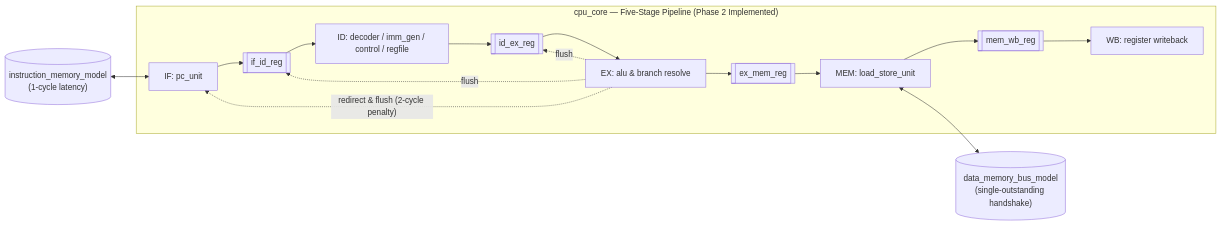
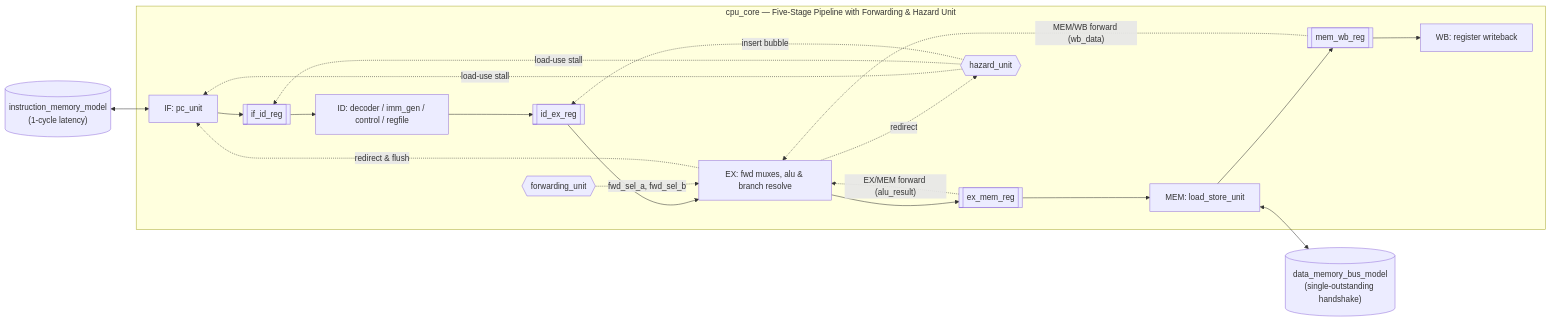
Before and after one commit to harshvardhan-31/RV32I-RISC-V-SoC-Design-and-Verification: the diagram in README.md, drawn with Mermaid. The commit also changed other lines of this file and 27 other files, not shown here.

First line of the commit message:
Phase 3 hazard detection and forwarding RTL

````diff
--- a/README.md
+++ b/README.md
@@ -28,18 +28,26 @@
 ```mermaid
 flowchart LR
-  subgraph CPU["cpu_core — Five-Stage Pipeline (Phase 2 Implemented)"]
+  subgraph CPU["cpu_core — Five-Stage Pipeline with Forwarding & Hazard Unit"]
     IF["IF: pc_unit"] --> IFID[["if_id_reg"]]
     IFID --> ID["ID: decoder / imm_gen / control / regfile"]
     ID --> IDEX[["id_ex_reg"]]
-    IDEX --> EX["EX: alu & branch resolve"]
+    IDEX --> EX["EX: fwd muxes, alu & branch resolve"]
     EX --> EXMEM[["ex_mem_reg"]]
     EXMEM --> MEM["MEM: load_store_unit"]
     MEM --> MEMWB[["mem_wb_reg"]]
     MEMWB --> WB["WB: register writeback"]
-    EX -. "redirect & flush (2-cycle penalty)" .-> IF
-    EX -. flush .-> IFID
-    EX -. flush .-> IDEX
+
+    EXMEM -. "EX/MEM forward (alu_result)" .-> EX
+    MEMWB -. "MEM/WB forward (wb_data)" .-> EX
+    
+    FWD{{forwarding_unit}} -. "fwd_sel_a, fwd_sel_b" .-> EX
+    HZ{{hazard_unit}} -. "load-use stall" .-> IF
+    HZ -. "load-use stall" .-> IFID
+    HZ -. "insert bubble" .-> IDEX
+    
+    EX -. "redirect & flush" .-> IF
+    EX -. "redirect" .-> HZ
   end
   IMEM[("instruction_memory_model<br/>(1-cycle latency)")] <--> IF
   MEM <--> DMEM[("data_memory_bus_model<br/>(single-outstanding handshake)")]
 ```
````
